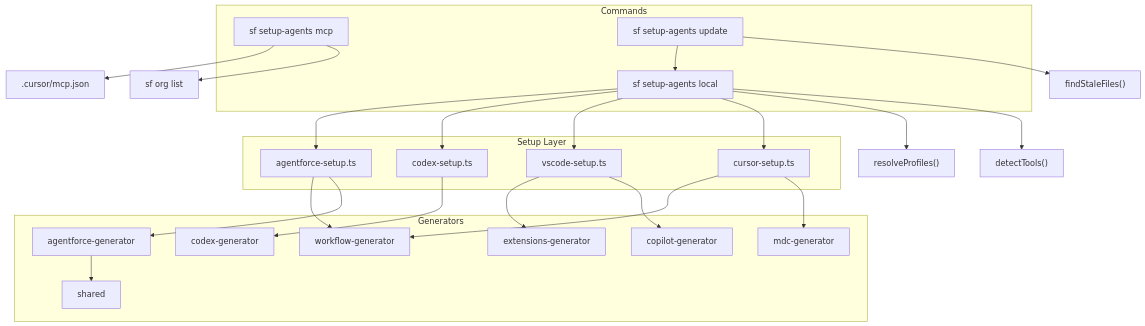
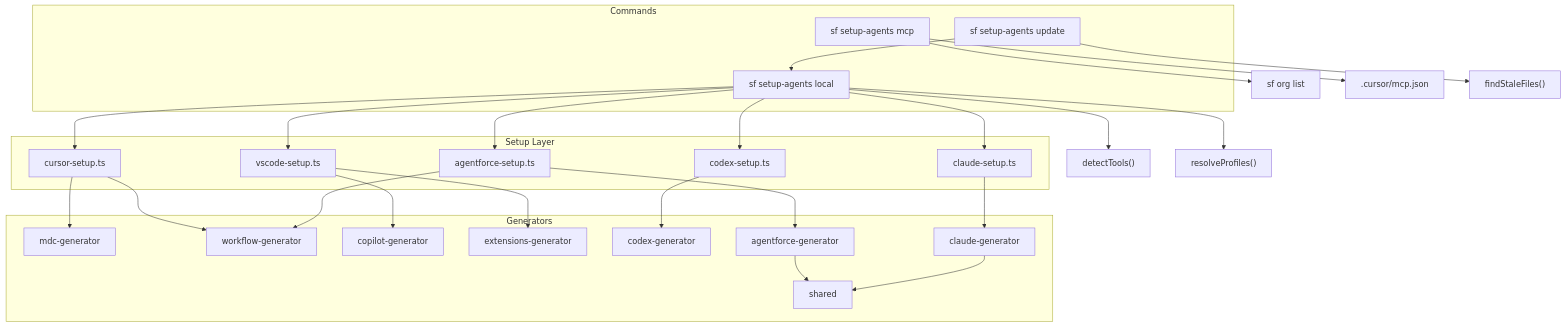
The diagram in README.md (jterrats/setup-agents), drawn with Mermaid before and after one commit. The commit also changed other lines of this file and 5 other files, not shown here.

````diff
--- a/README.md
+++ b/README.md
@@ -77,47 +77,52 @@
 ```mermaid
 graph TD
     subgraph cmds [Commands]
         local["sf setup-agents local"]
         mcp["sf setup-agents mcp"]
         update["sf setup-agents update"]
     end
 
     subgraph setup [Setup Layer]
         cursorSetup["cursor-setup.ts"]
         vscodeSetup["vscode-setup.ts"]
         codexSetup["codex-setup.ts"]
+        claudeSetup["claude-setup.ts"]
         a4dSetup["agentforce-setup.ts"]
     end
 
     subgraph gen [Generators]
         mdcGen["mdc-generator"]
         workflowGen["workflow-generator"]
         copilotGen["copilot-generator"]
         extGen["extensions-generator"]
         codexGen["codex-generator"]
+        claudeGen["claude-generator"]
         a4dGen["agentforce-generator"]
         sharedGen["shared"]
     end
 
     local --> detectTools["detectTools()"]
     local --> resolveProfiles["resolveProfiles()"]
     local --> cursorSetup
     local --> vscodeSetup
     local --> codexSetup
+    local --> claudeSetup
     local --> a4dSetup
 
     cursorSetup --> mdcGen
     cursorSetup --> workflowGen
     vscodeSetup --> copilotGen
     vscodeSetup --> extGen
     codexSetup --> codexGen
+    claudeSetup --> claudeGen
     a4dSetup --> a4dGen
     a4dSetup --> workflowGen
     a4dGen --> sharedGen
+    claudeGen --> sharedGen
 
     mcp --> orgList["sf org list"]
     mcp --> mcpJson[".cursor/mcp.json"]
 
     update --> findStale["findStaleFiles()"]
     update --> local
 ```
````
